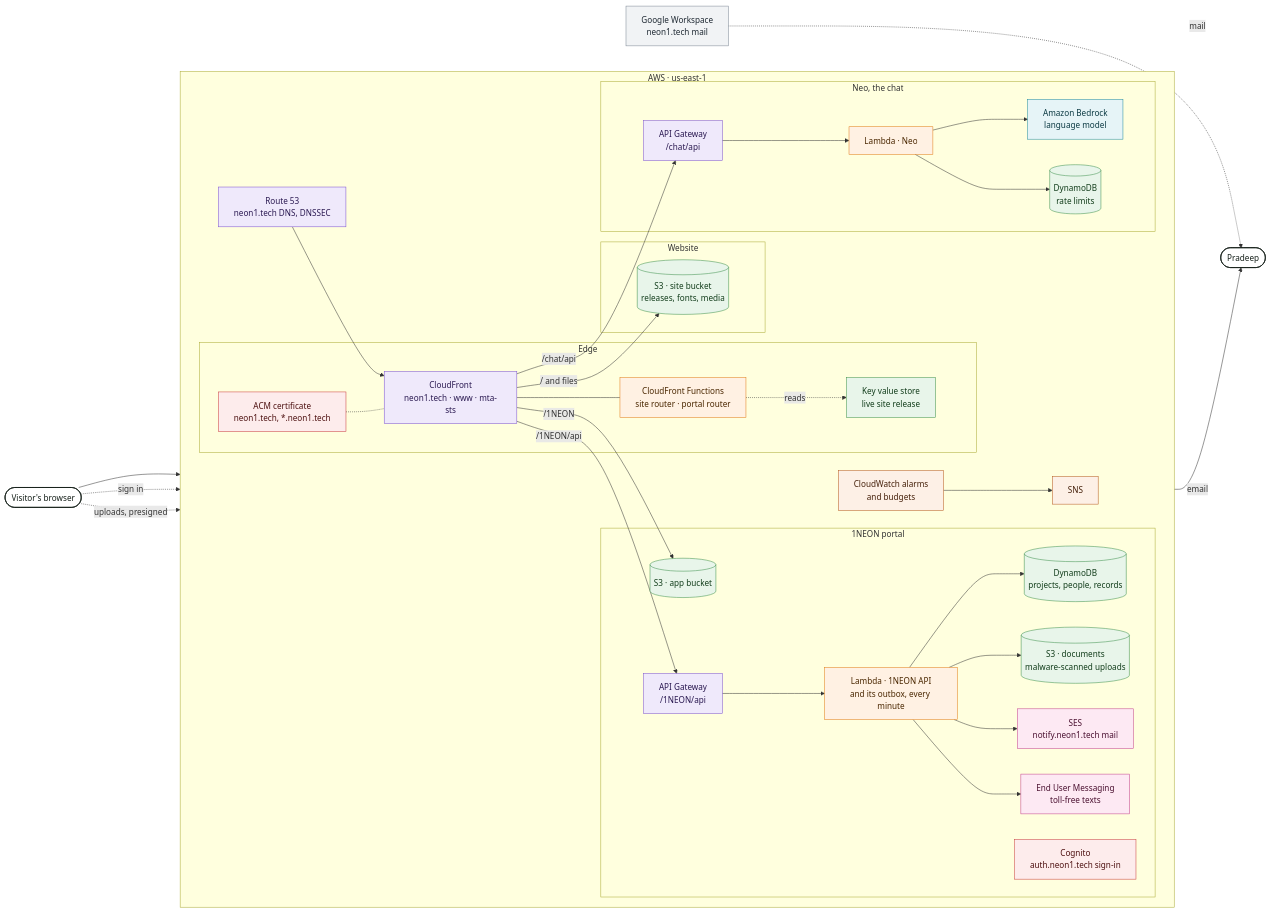
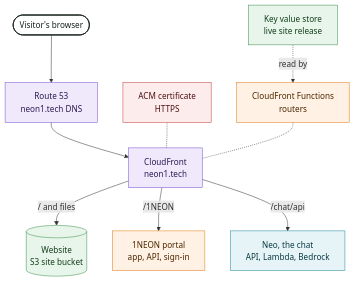
Before and after one commit to neon1llc/neon1-corpus: the first of 8 diagrams in corpus/company/architecture.md, drawn with Mermaid. The commit also changed other lines of this file and 17 other files, not shown here.

Commit message:
Render architecture diagrams standalone and fit them to phones

````diff
--- a/corpus/company/architecture.md
+++ b/corpus/company/architecture.md
@@ -23,67 +23,22 @@
 ```mermaid
-%% alt: Architecture diagram. Visitors reach Route 53 DNS and then one CloudFront distribution in AWS us-east-1, with an ACM certificate, edge functions, and a release store. CloudFront sends the website to a private S3 bucket, the 1NEON app to a second private bucket, the 1NEON API to API Gateway and Lambda, which use DynamoDB, an S3 documents bucket, Cognito, SES, and SMS, and Neo's API to API Gateway and Lambda, which use Amazon Bedrock and DynamoDB. CloudWatch alarms reach Pradeep by email through SNS. Google Workspace handles neon1.tech mail.
-flowchart LR
-  visitor(["Visitor's browser"]):::person
-  subgraph aws["AWS · us-east-1"]
-    direction LR
-    dns["Route 53<br/>neon1.tech DNS, DNSSEC"]:::network
-    subgraph edge["Edge"]
-      cf["CloudFront<br/>neon1.tech · www · mta-sts"]:::network
-      acm["ACM certificate<br/>neon1.tech, *.neon1.tech"]:::security
-      fn["CloudFront Functions<br/>site router · portal router"]:::compute
-      kvs["Key value store<br/>live site release"]:::storage
-    end
-    subgraph site["Website"]
-      s3site[("S3 · site bucket<br/>releases, fonts, media")]:::storage
-    end
-    subgraph portal["1NEON portal"]
-      s3app[("S3 · app bucket")]:::storage
-      apigw["API Gateway<br/>/1NEON/api"]:::network
-      api["Lambda · 1NEON API<br/>and its outbox, every minute"]:::compute
-      ddb[("DynamoDB<br/>projects, people, records")]:::storage
-      docs[("S3 · documents<br/>malware-scanned uploads")]:::storage
-      cognito["Cognito<br/>auth.neon1.tech sign-in"]:::security
-      ses["SES<br/>notify.neon1.tech mail"]:::comms
-      sms["End User Messaging<br/>toll-free texts"]:::comms
-    end
-    subgraph chat["Neo, the chat"]
-      chatgw["API Gateway<br/>/chat/api"]:::network
-      chatfn["Lambda · Neo"]:::compute
-      bedrock["Amazon Bedrock<br/>language model"]:::ai
-      limits[("DynamoDB<br/>rate limits")]:::storage
-    end
-    alarms["CloudWatch alarms<br/>and budgets"]:::ops
-    sns["SNS"]:::ops
-  end
-  gws["Google Workspace<br/>neon1.tech mail"]:::external
-  pradeep(["Pradeep"]):::person
-
-  visitor --> dns --> cf
-  acm -.- cf
-  cf --- fn
-  fn -.->|reads| kvs
-  cf -->|"/ and files"| s3site
-  cf -->|"/1NEON"| s3app
-  cf -->|"/1NEON/api"| apigw --> api
-  api --> ddb
-  api --> docs
-  api --> ses
-  api --> sms
-  visitor -.->|sign in| cognito
-  visitor -.->|"uploads, presigned"| docs
-  cf -->|"/chat/api"| chatgw --> chatfn
-  chatfn --> bedrock
-  chatfn --> limits
-  alarms --> sns -->|email| pradeep
-  gws -.->|mail| pradeep
+%% alt: Overview diagram of AWS us-east-1. A visitor's browser looks up neon1.tech in Route 53 and reaches one CloudFront distribution, secured by an ACM certificate. CloudFront Functions route each request, reading the live site release from a key value store. CloudFront sends each address to its owner: the website's private S3 bucket, the 1NEON portal, or Neo, the chat.
+flowchart TB
+  visitor(["Visitor's browser"]):::person --> dns["Route 53<br/>neon1.tech DNS"]:::network
+  kvs["Key value store<br/>live site release"]:::storage -.->|read by| fn
+  dns --> cf["CloudFront<br/>neon1.tech"]:::network
+  acm["ACM certificate<br/>HTTPS"]:::security -.- cf
+  fn["CloudFront Functions<br/>routers"]:::compute -.- cf
+  cf -->|"/ and files"| site[("Website<br/>S3 site bucket")]:::storage
+  cf -->|"/1NEON"| portal["1NEON portal<br/>app, API, sign-in"]:::compute
+  cf -->|"/chat/api"| neo["Neo, the chat<br/>API, Lambda, Bedrock"]:::ai
 
   classDef person fill:#ffffff,stroke:#16201a,stroke-width:1.5px,color:#16201a
   classDef network fill:#efe9fb,stroke:#7a4fd0,color:#2b1a52
   classDef compute fill:#fff1e3,stroke:#e07b14,color:#4a2700
   classDef storage fill:#e8f5ea,stroke:#3b8f4a,color:#123d1b
   classDef security fill:#fdecec,stroke:#c83b3b,color:#4d1010
   classDef comms fill:#fde9f3,stroke:#c2408a,color:#4a1030
   classDef ai fill:#e6f4f7,stroke:#1f8a9e,color:#0c3a43
   classDef ops fill:#fdf0e6,stroke:#b4561c,color:#45200a
   classDef external fill:#f1f3f5,stroke:#7b8794,color:#1f2933
 ```
````
